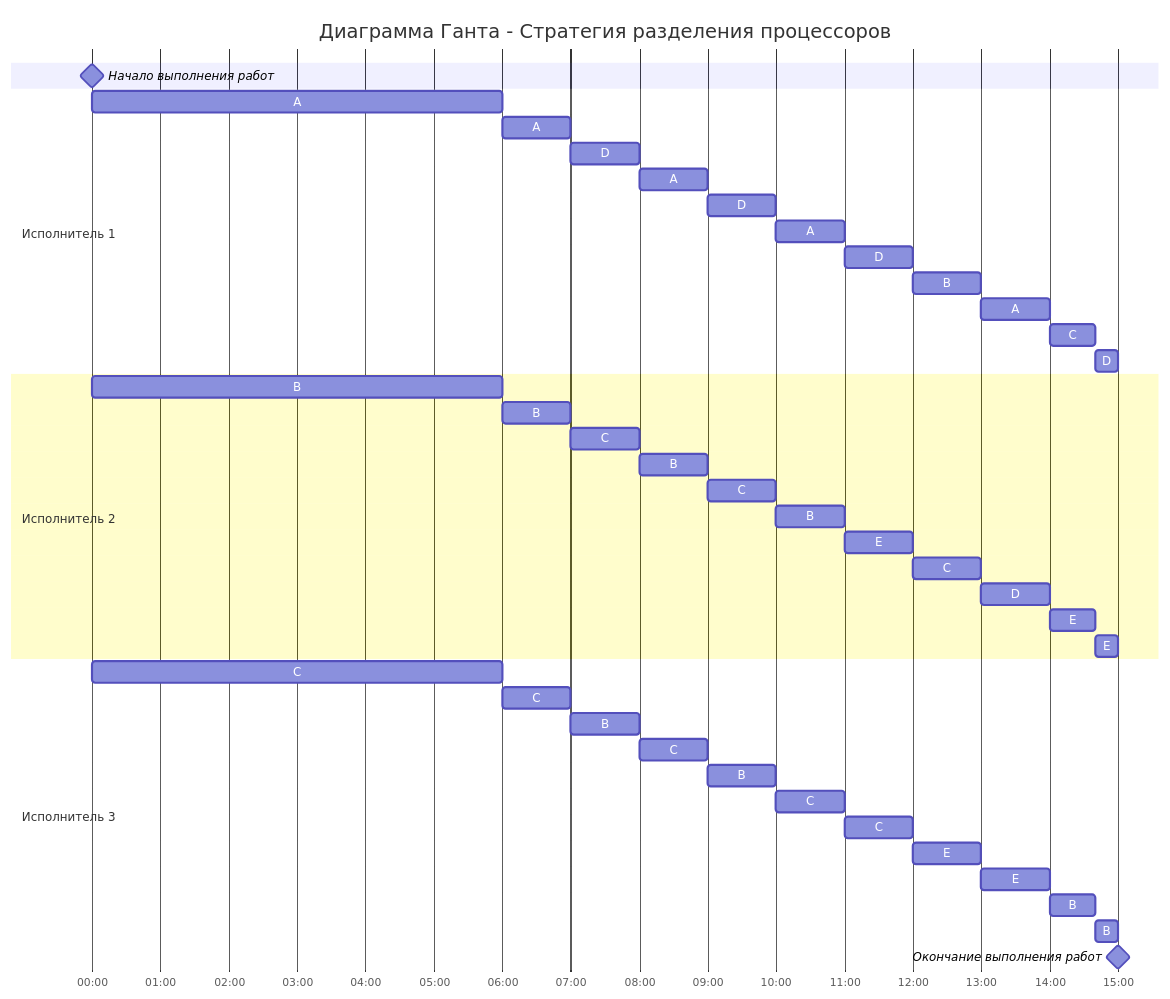
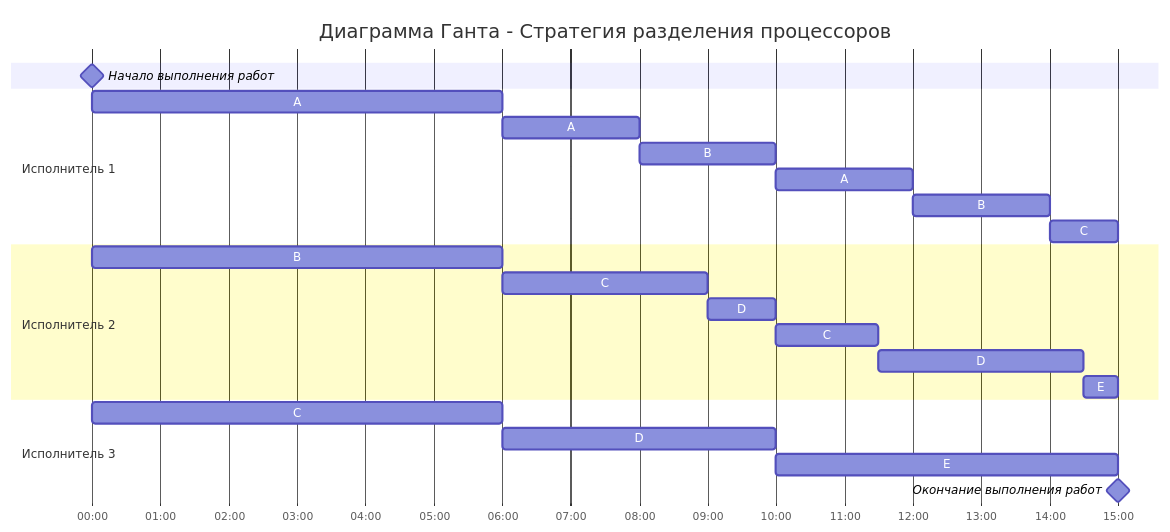
The diagram in Задание 12/CopyPaste.md (hse-algo-psapr-25/manual-tasks), drawn with Mermaid before and after one commit. The commit also changed other lines of this file, not shown here.

````diff
--- a/Задание 12/CopyPaste.md
+++ b/Задание 12/CopyPaste.md
@@ -137,44 +103,26 @@
 ```mermaid
 gantt
     title Диаграмма Ганта - Стратегия разделения процессоров
     dateFormat DD HH:mm    
     axisFormat %H:%M
     Начало выполнения работ : milestone, m1, 01 00:00, 0h
     section Исполнитель 1
     A         :a1, 01 00:00, 6h
-    A         :a2, after a1, 1h
-    D         :a3, after a2, 1h
-    A         :a4, after a3, 1h
-    D         :a5, after a4, 1h
-    A         :a6, after a5, 1h
-    D         :a7, after a6, 1h
-    B         :a8, after a7, 1h
-    A         :a9, after a8, 1h
-    C         :a10, after a9, 40m
-    D         :a11, after a10, 20m
+    A         :a2, after a1, 2h
+    B         :a3, after a2, 2h
+    A         :a4, after a3, 2h
+    B         :a5, after a4, 2h
+    C         :a6, after a5, 1h
     section Исполнитель 2
     B         :b1, 01 00:00, 6h
-    B         :b2, after b1, 1h
-    C         :b3, after b2, 1h
-    B         :b4, after b3, 1h
-    C         :b5, after b4, 1h
-    B         :b6, after b5, 1h
-    E         :b7, after b6, 1h
-    C         :b8, after b7, 1h
-    D         :b9, after b8, 1h
-    E         :b10, after b9, 40m
-    E         :b11, after b10, 20m
+    C         :b2, after b1, 3h
+    D         :b3, after b2, 1h
+    C         :b4, after b3, 1.5h
+    D         :b5, after b4, 3h
+    E         :b6, after b5, 0.5h
     section Исполнитель 3
     C         :c1, 01 00:00, 6h
-    C         :c2, after c1, 1h
-    B         :c3, after c2, 1h
-    C         :c4, after c3, 1h
-    B         :c5, after c4, 1h
-    C         :c6, after c5, 1h
-    C         :c7, after c6, 1h
-    E         :c8, after c7, 1h
-    E         :c9, after c8, 1h
-    B         :c10, after c9, 40m
-    B         :c11, after c10, 20m
+    D         :c2, after c1, 4h
+    E         :c3, after c2, 5h
     Окончание выполнения работ : milestone, m2, 01 15:00, 0h
 ```
````
